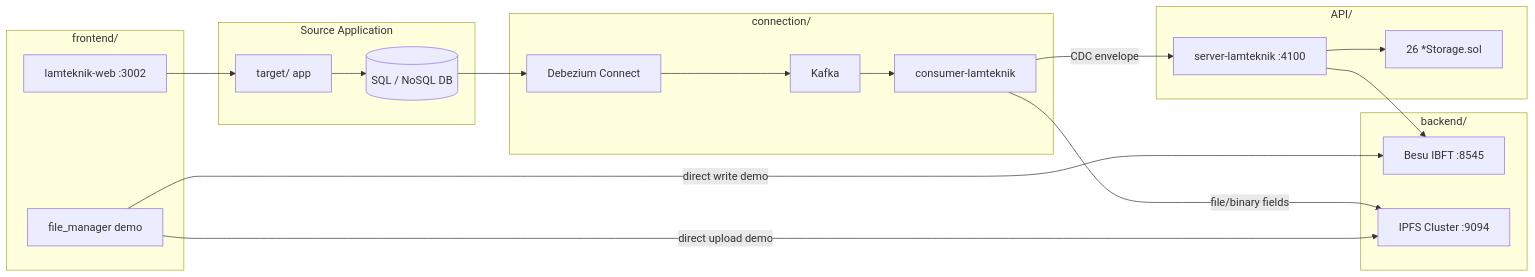
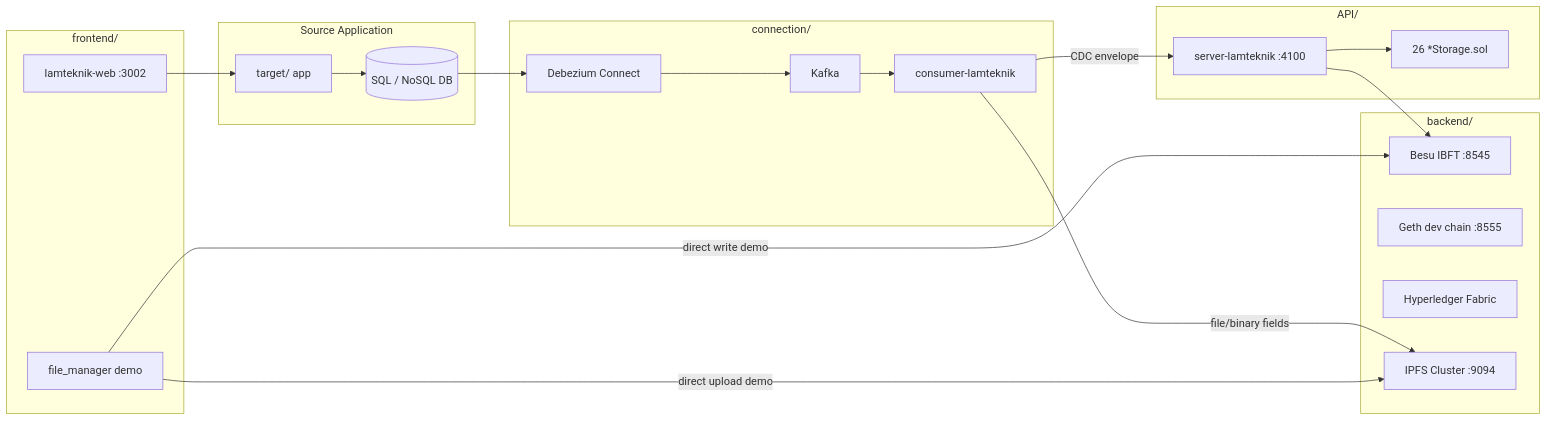
One commit to DeITdev/lamteknik-blockchain changed the diagram in context/project-overview.md. Above: the diagram before and after it, drawn with Mermaid. The commit also changed other lines of this file and 29 other files, not shown here.

````diff
--- a/context/project-overview.md
+++ b/context/project-overview.md
@@ -13,37 +13,39 @@
 ```mermaid
 flowchart LR
   subgraph source [Source Application]
     TargetApp[target/ app]
     SourceDB[(SQL / NoSQL DB)]
   end
 
   subgraph connection [connection/]
     Debezium[Debezium Connect]
     Kafka[Kafka]
     Consumer[consumer-lamteknik]
   end
 
   subgraph backend [backend/]
     Besu[Besu IBFT :8545]
+    Geth[Geth dev chain :8555]
+    Fabric[Hyperledger Fabric]
     IPFS[IPFS Cluster :9094]
   end
 
   subgraph api [API/]
     RestAPI[server-lamteknik :4100]
     Contracts["26 *Storage.sol"]
   end
 
   subgraph frontend [frontend/]
     FileManager[file_manager demo]
     LamteknikWeb[lamteknik-web :3002]
   end
 
   TargetApp --> SourceDB
   SourceDB --> Debezium --> Kafka --> Consumer
   Consumer -->|file/binary fields| IPFS
   Consumer -->|CDC envelope| RestAPI --> Besu
   RestAPI --> Contracts
   FileManager -->|direct upload demo| IPFS
   FileManager -->|direct write demo| Besu
   LamteknikWeb --> TargetApp
 ```
````
